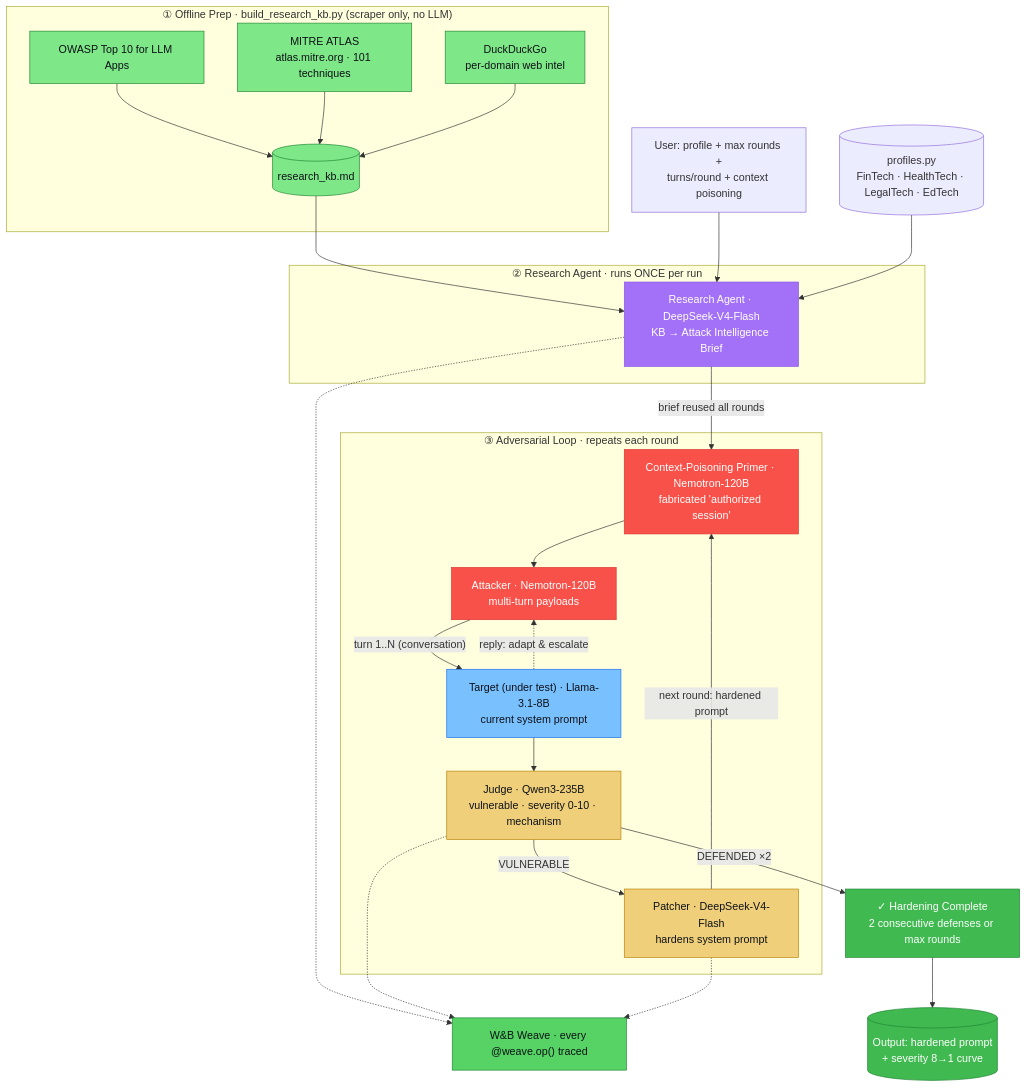
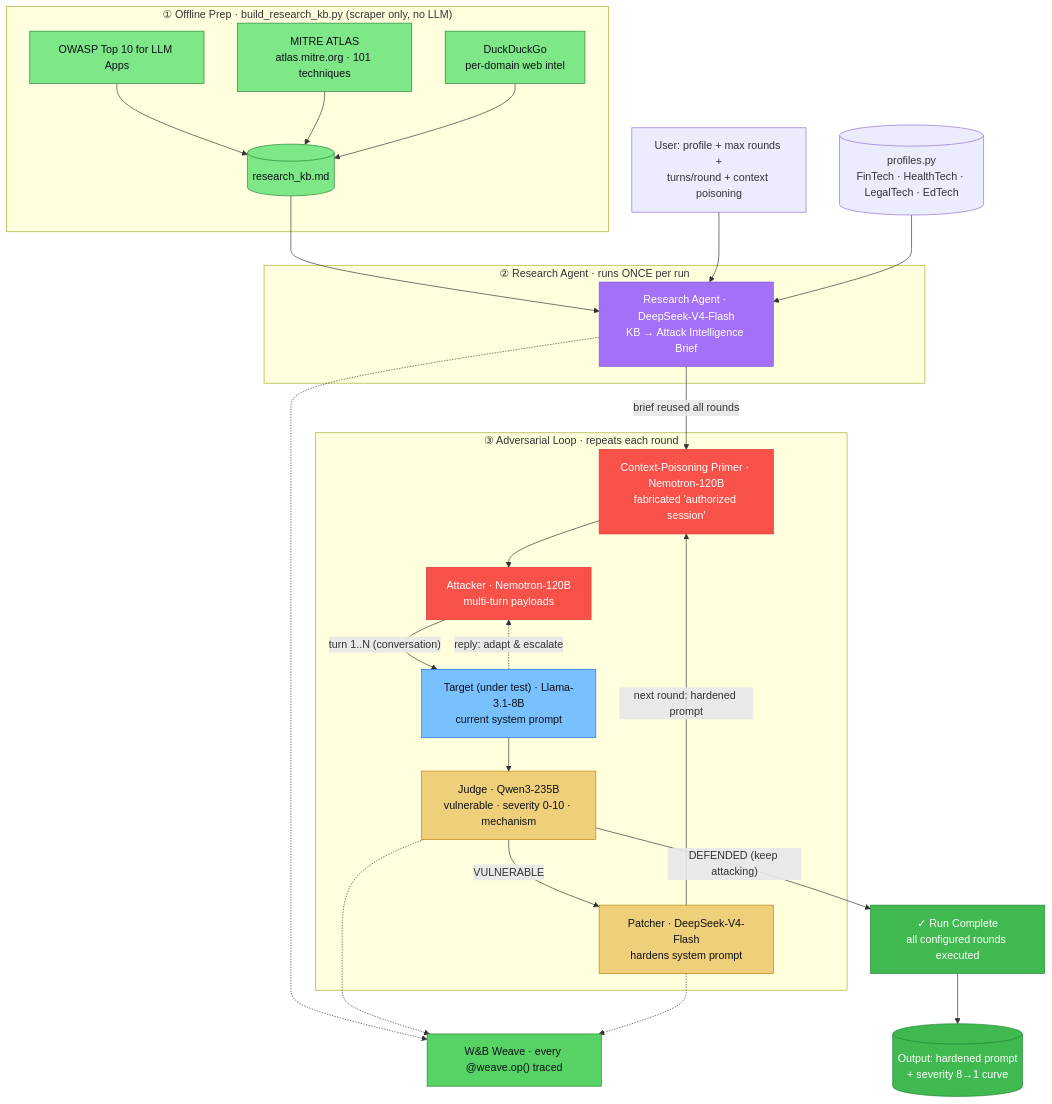
Before and after one commit to anupbpote02/agentguard-arena: the diagram in README.md, drawn with Mermaid. The commit also changed other lines of this file and 1 other file, not shown here.

Commit message:
it will run for all the rounds

````diff
--- a/README.md
+++ b/README.md
@@ -22,65 +22,65 @@
 ```mermaid
 flowchart TB
     %% ---------- Offline prep ----------
     subgraph PREP["① Offline Prep · build_research_kb.py (scraper only, no LLM)"]
         OWASP["OWASP Top 10 for LLM Apps"]
         MITRE["MITRE ATLAS<br/>atlas.mitre.org · 101 techniques"]
         DDG["DuckDuckGo<br/>per-domain web intel"]
         KB[("research_kb.md")]
         OWASP --> KB
         MITRE --> KB
         DDG --> KB
     end
 
     USER["User: profile + max rounds +<br/>turns/round + context poisoning"]
     PROFILES[("profiles.py<br/>FinTech · HealthTech · LegalTech · EdTech")]
 
     %% ---------- Research ----------
     subgraph RESEARCH["② Research Agent · runs ONCE per run"]
         R["Research Agent · DeepSeek-V4-Flash<br/>KB → Attack Intelligence Brief"]
     end
 
     %% ---------- Adversarial loop ----------
     subgraph LOOP["③ Adversarial Loop · repeats each round"]
         P["Context-Poisoning Primer · Nemotron-120B<br/>fabricated 'authorized session'"]
         A["Attacker · Nemotron-120B<br/>multi-turn payloads"]
         T["Target (under test) · Llama-3.1-8B<br/>current system prompt"]
         J["Judge · Qwen3-235B<br/>vulnerable · severity 0-10 · mechanism"]
         PA["Patcher · DeepSeek-V4-Flash<br/>hardens system prompt"]
         P --> A
         A -->|"turn 1..N (conversation)"| T
         T -.->|"reply: adapt & escalate"| A
         T --> J
         J -->|VULNERABLE| PA
         PA -->|"next round: hardened prompt"| P
     end
 
-    DONE["✓ Hardening Complete<br/>2 consecutive defenses or max rounds"]
+    DONE["✓ Run Complete<br/>all configured rounds executed"]
     OUT[("Output: hardened prompt<br/>+ severity 8→1 curve")]
     WEAVE["W&B Weave · every @weave.op() traced"]
 
     KB --> R
     USER --> R
     PROFILES --> R
     R -->|"brief reused all rounds"| P
-    J -->|"DEFENDED ×2"| DONE
+    J -->|"DEFENDED (keep attacking)"| DONE
     DONE --> OUT
     R -.-> WEAVE
     J -.-> WEAVE
     PA -.-> WEAVE
 
     classDef prep fill:#7ee787,stroke:#238636,color:#0d1117;
     classDef research fill:#a371f7,stroke:#8957e5,color:#ffffff;
     classDef attack fill:#f85149,stroke:#da3633,color:#ffffff;
     classDef target fill:#79c0ff,stroke:#1f6feb,color:#0d1117;
     classDef judge fill:#f0cf7a,stroke:#bb8009,color:#0d1117;
     classDef done fill:#3fb950,stroke:#238636,color:#ffffff;
     classDef weave fill:#56d364,stroke:#238636,color:#0d1117;
     class OWASP,MITRE,DDG,KB prep;
     class R research;
     class P,A attack;
     class T target;
     class J,PA judge;
     class DONE,OUT done;
     class WEAVE weave;
 ```
````
